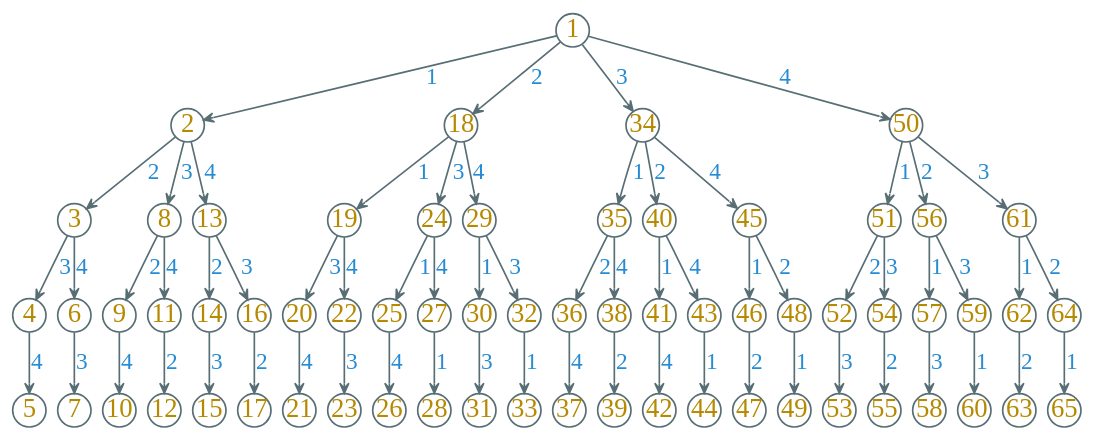
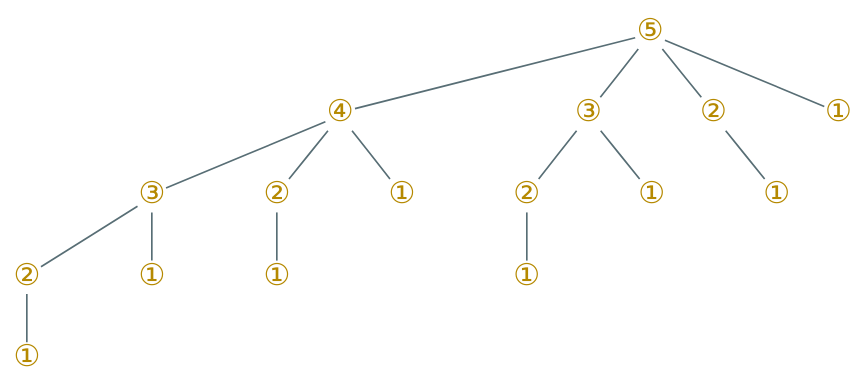
One commit to Avanti1980/course-alg changed the diagram in slides/test.md. Above: the diagram before and after it, drawn with Graphviz. The commit also changed other lines of this file and 54 other files, not shown here.

````diff
--- a/slides/test.md
+++ b/slides/test.md
@@ -32,102 +33,38 @@
-```dot {.center}
+```dot {.center .top0}
 digraph g {
     bgcolor=transparent
-    rankdir=TB
-    graph [nodesep=0.1, ranksep=0.3]
-    node [shape=circle, fixedsize=true, width=0.28, color="#586e75", fontcolor="#b58900", fontsize=16, fontname="LXGWWenKai"]
-    edge [arrowhead=vee, color="#586e75", fontcolor="#268bd2", fontsize=14, fontname="LXGWWenKai" arrowsize=0.6]
+    graph [nodesep=0.8, ranksep=0.4]
+    node [shape=plain, color="#586e75", fontcolor="#b58900", fontsize=18, fontname="LXGWWenKai"]
+    edge [arrowhead=none, color="#586e75", fontcolor="#268bd2", fontsize=16, fontname="LXGWWenKai"]
 
-    1 -> 2 [label="1"]
-    1 -> 18 [label="2"]
-    1 -> 34 [label="3"]
-    1 -> 50 [label="4"]
+    cr31 [label="③"]
 
-    2 -> 3 [label="2"]
-    2 -> 8 [label="3"]
-    2 -> 13 [label="4"]
+    cr21 [label="②"]
+    cr22 [label="②"]
+    cr23 [label="②"]
 
-    3 -> 4 [label="3"]
-    3 -> 6 [label="4"]
+    cr11 [label="①"]
+    cr12 [label="①"]
+    cr13 [label="①"]
+    cr14 [label="①"]
+    cr15 [label="①"]
+    cr16 [label="①"]
+    cr17 [label="①"]
 
-    4 -> 5 [label="4"]
-    6 -> 7 [label="3"]
+    "⑤" -> {"④", "③", "②", "①"}
 
-    8 -> 9 [label="2"]
-    8 -> 11 [label="4"]
+    "②" -> cr11
 
-    9 -> 10 [label="4"]
-    11 -> 12 [label="2"]
+    "③" -> {cr12, cr21}
 
-    13 -> 14 [label="2"]
-    13 -> 16 [label="3"]
+    "④" -> {cr13, cr22, cr31}
 
-    14 -> 15 [label="3"]
-    16 -> 17 [label="2"]
+    cr21 -> cr14
 
-    18 -> 19 [label="1"]
-    18 -> 24 [label="3"]
-    18 -> 29 [label="4"]
+    cr22 -> cr15
 
-    19 -> 20 [label="3"]
-    19 -> 22 [label="4"]
+    cr31 -> {cr23, cr16}
 
-    20 -> 21 [label="4"]
-    22 -> 23 [label="3"]
-
-    24 -> 25 [label="1"]
-    24 -> 27 [label="4"]
-
-    25 -> 26 [label="4"]
-    27 -> 28 [label="1"]
-
-    29 -> 30 [label="1"]
-    29 -> 32 [label="3"]
-
-    30 -> 31 [label="3"]
-    32 -> 33 [label="1"]
-
-    34 -> 35 [label="1"]
-    34 -> 40 [label="2"]
-    34 -> 45 [label="4"]
-
-    35 -> 36 [label="2"]
-    35 -> 38 [label="4"]
-
-    36 -> 37 [label="4"]
-    38 -> 39 [label="2"]
-
-    40 -> 41 [label="1"]
-    40 -> 43 [label="4"]
-
-    41 -> 42 [label="4"]
-    43 -> 44 [label="1"]
-
-    45 -> 46 [label="1"]
-    45 -> 48 [label="2"]
-
-    46 -> 47 [label="2"]
-    48 -> 49 [label="1"]
-
-    50 -> 51 [label="1"]
-    50 -> 56 [label="2"]
-    50 -> 61 [label="3"]
-
-    51 -> 52 [label="2"]
-    51 -> 54 [label="3"]
-
-    52 -> 53 [label="3"]
-    54 -> 55 [label="2"]
-
-    56 -> 57 [label="1"]
-    56 -> 59 [label="3"]
-
-    57 -> 58 [label="3"]
-    59 -> 60 [label="1"]
-
-    61 -> 62 [label="1"]
-    61 -> 64 [label="2"]
-
-    62 -> 63 [label="2"]
-    64 -> 65 [label="1"]
+    cr23 -> cr17
 }
 ```
````
